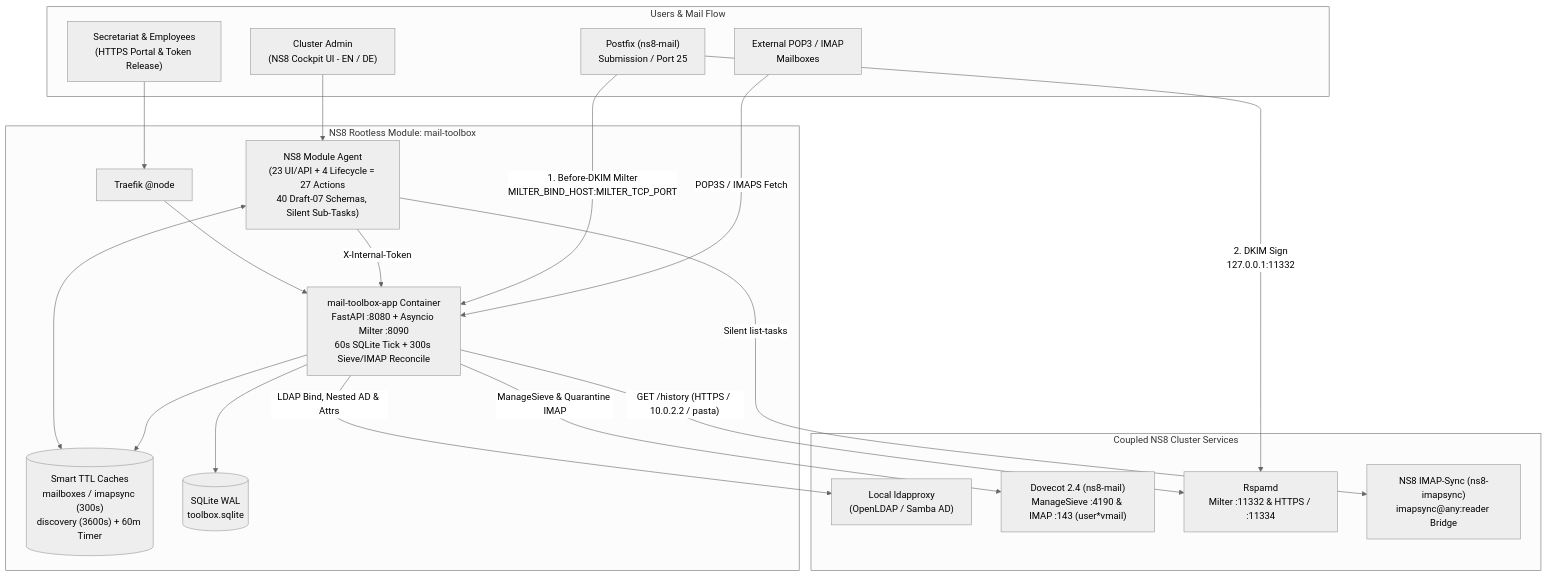
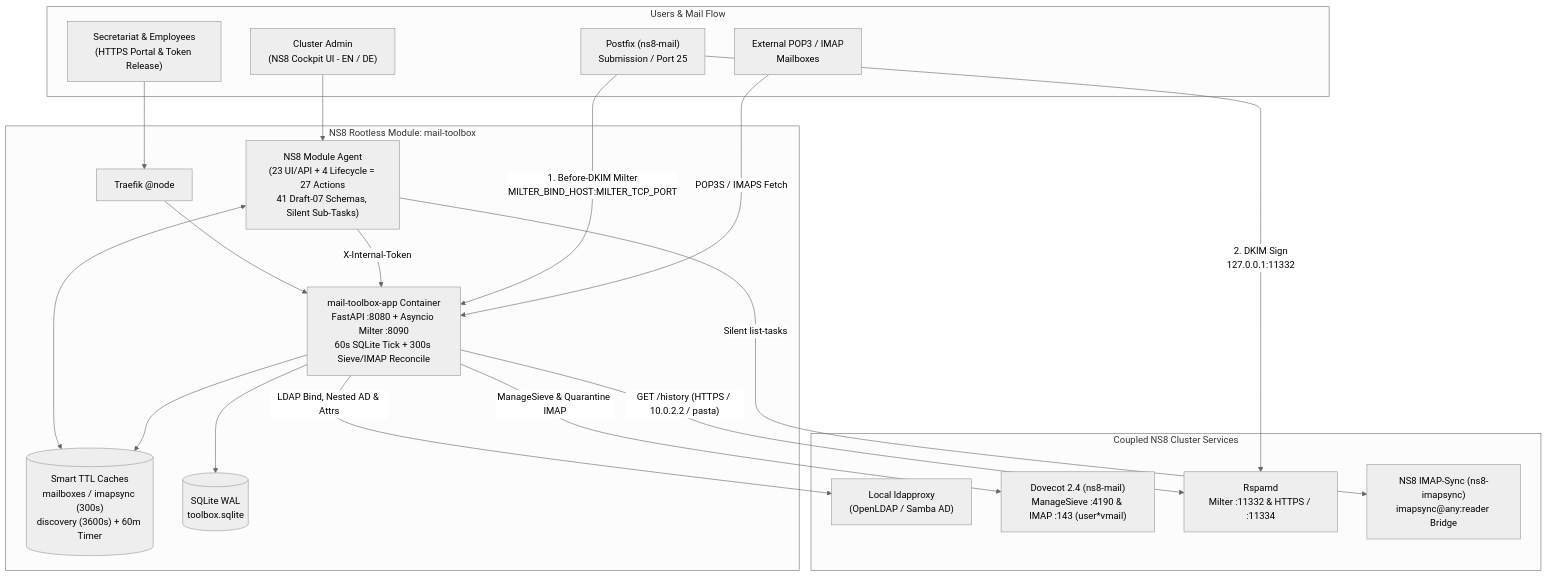
One commit to BLS-ISP/ns8-mailtoolbox changed the diagram in README.md. Above: the diagram before and after it, drawn with Mermaid (neutral theme). The commit also changed other lines of this file and 23 other files, not shown here.

````diff
--- a/README.md
+++ b/README.md
@@ -47,37 +47,37 @@
 ```mermaid
 flowchart TB
     subgraph Clients["Users & Mail Flow"]
         SEC["Secretariat & Employees<br/>(HTTPS Portal & Token Release)"]
         ADM["Cluster Admin<br/>(NS8 Cockpit UI - EN / DE)"]
         MTA["Postfix (ns8-mail)<br/>Submission / Port 25"]
         EXT["External POP3 / IMAP<br/>Mailboxes"]
     end
 
     subgraph Module["NS8 Rootless Module: mail-toolbox"]
         TRF["Traefik @node"]
-        AG["NS8 Module Agent<br/>(23 UI/API + 4 Lifecycle = 27 Actions<br/>40 Draft-07 Schemas, Silent Sub-Tasks)"]
+        AG["NS8 Module Agent<br/>(23 UI/API + 4 Lifecycle = 27 Actions<br/>41 Draft-07 Schemas, Silent Sub-Tasks)"]
         CACHE[("Smart TTL Caches<br/>mailboxes / imapsync (300s)<br/>discovery (3600s) + 60m Timer")]
         APP["mail-toolbox-app Container<br/>FastAPI :8080 + Asyncio Milter :8090<br/>60s SQLite Tick + 300s Sieve/IMAP Reconcile"]
         DB[("SQLite WAL<br/>toolbox.sqlite")]
     end
 
     subgraph NS8Services["Coupled NS8 Cluster Services"]
         LDAP["Local ldapproxy<br/>(OpenLDAP / Samba AD)"]
         DOV["Dovecot 2.4 (ns8-mail)<br/>ManageSieve :4190 & IMAP :143 (user*vmail)"]
         RSP["Rspamd<br/>Milter :11332 & HTTPS / :11334"]
         IMS["NS8 IMAP-Sync (ns8-imapsync)<br/>imapsync@any:reader Bridge"]
     end
 
     SEC --> TRF --> APP
     ADM --> AG -->|"X-Internal-Token"| APP
     AG <--> CACHE
     APP --> CACHE
     MTA -->|"1. Before-DKIM Milter<br/>MILTER_BIND_HOST:MILTER_TCP_PORT"| APP
     MTA -->|"2. DKIM Sign<br/>127.0.0.1:11332"| RSP
     APP --> DB
     APP -->|"LDAP Bind, Nested AD & Attrs"| LDAP
     APP -->|"ManageSieve & Quarantine IMAP"| DOV
     APP -->|"GET /history (HTTPS / 10.0.2.2 / pasta)"| RSP
     AG -->|"Silent list-tasks"| IMS
     EXT -->|"POP3S / IMAPS Fetch"| APP
 ```
````
